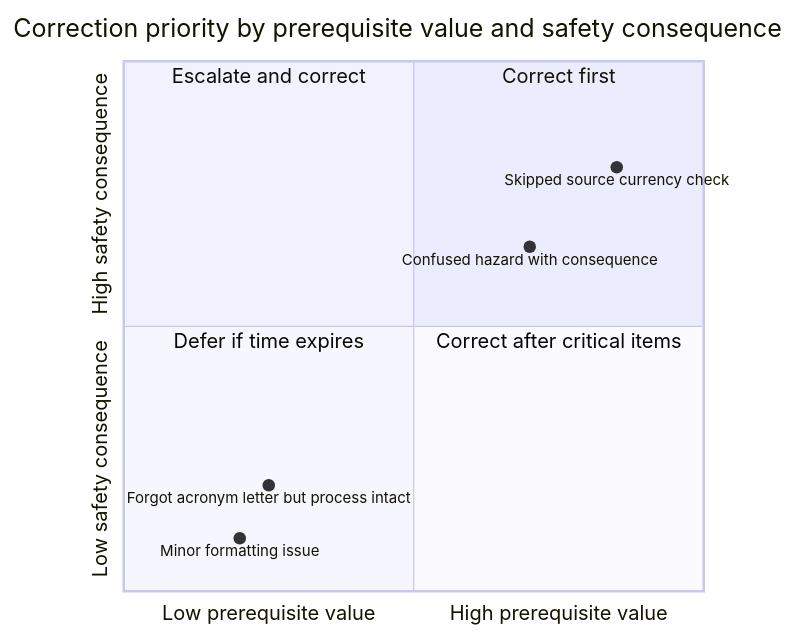
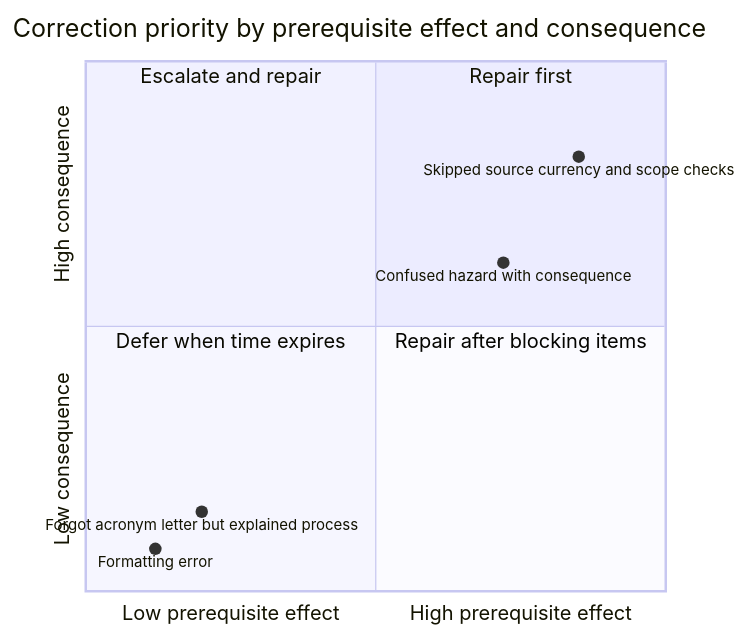
One commit to andrew3stedall/capstone changed the second of 2 diagrams in docs/learning-plans/12-week/modules/day-05-rest-retrieval-and-source-navigation-correction.md. Above: the diagram before and after it, drawn with Mermaid. The commit also changed other lines of this file, not shown here.

````diff
--- a/docs/learning-plans/12-week/modules/day-05-rest-retrieval-and-source-navigation-correction.md
+++ b/docs/learning-plans/12-week/modules/day-05-rest-retrieval-and-source-navigation-correction.md
@@ -144,14 +178,14 @@
 ```mermaid
 quadrantChart
-    title Correction priority by prerequisite value and safety consequence
-    x-axis Low prerequisite value --> High prerequisite value
-    y-axis Low safety consequence --> High safety consequence
-    quadrant-1 Correct first
-    quadrant-2 Escalate and correct
-    quadrant-3 Defer if time expires
-    quadrant-4 Correct after critical items
-    "Forgot acronym letter but process intact": [0.25, 0.2]
-    "Skipped source currency check": [0.85, 0.8]
-    "Confused hazard with consequence": [0.7, 0.65]
-    "Minor formatting issue": [0.2, 0.1]
+    title Correction priority by prerequisite effect and consequence
+    x-axis Low prerequisite effect --> High prerequisite effect
+    y-axis Low consequence --> High consequence
+    quadrant-1 Repair first
+    quadrant-2 Escalate and repair
+    quadrant-3 Defer when time expires
+    quadrant-4 Repair after blocking items
+    "Forgot acronym letter but explained process": [0.20, 0.15]
+    "Skipped source currency and scope checks": [0.85, 0.82]
+    "Confused hazard with consequence": [0.72, 0.62]
+    "Formatting error": [0.12, 0.08]
 ```
````
